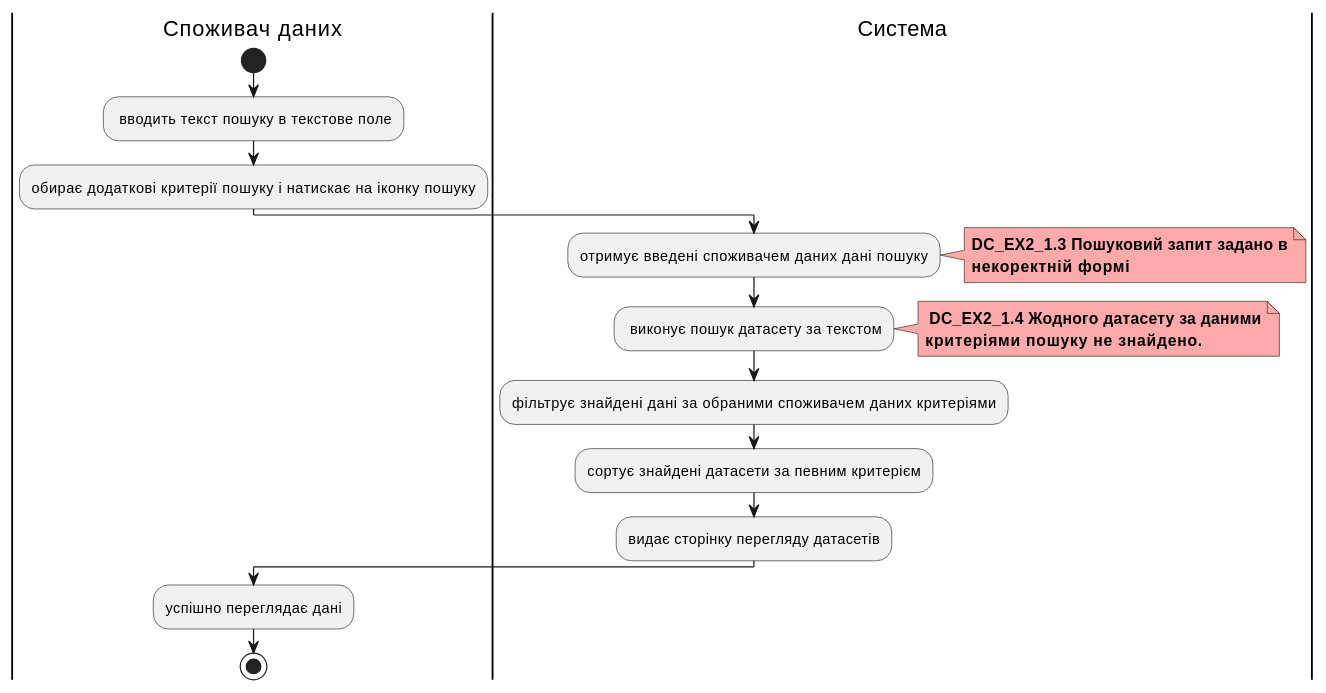
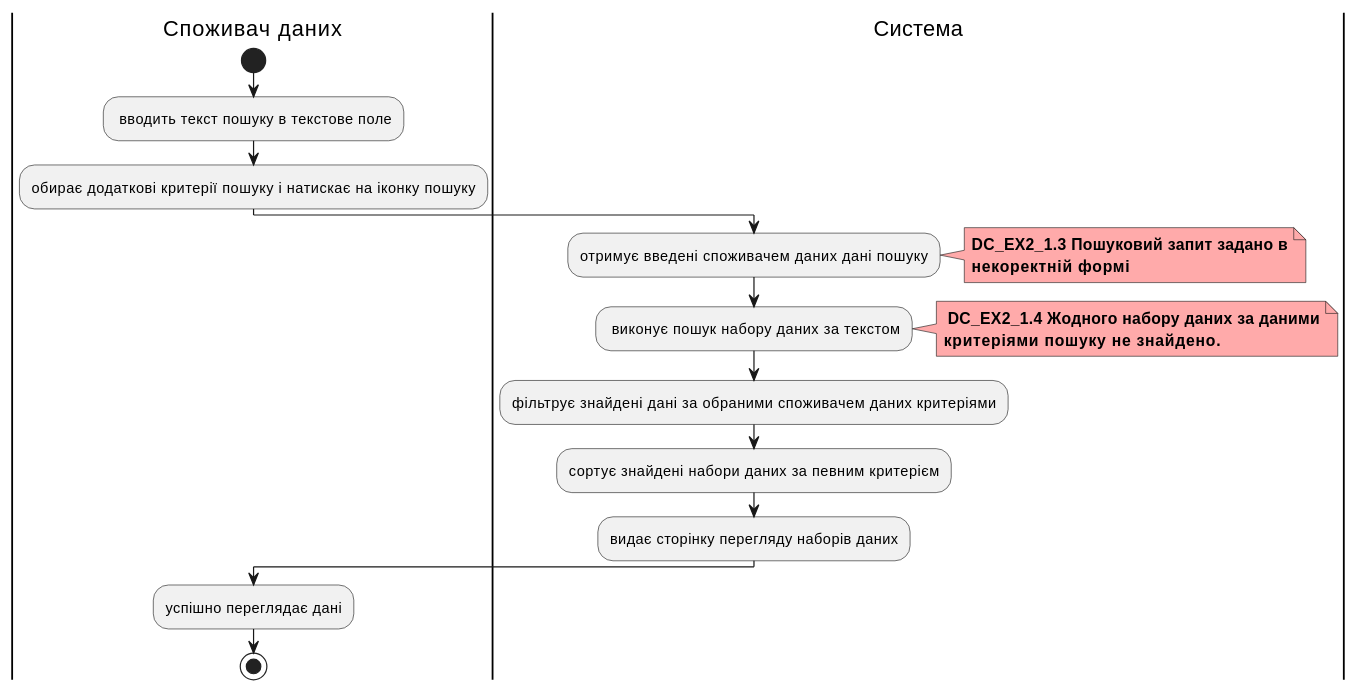
Before and after one commit to boldak/edu-db-cw: the seventh of 13 diagrams in docs/use cases/README.md, drawn with PlantUML. The commit also changed other lines of this file, not shown here.

```diff
--- a/docs/use cases/README.md
+++ b/docs/use cases/README.md
@@ -330,25 +328,25 @@
 @startuml
 
     |Споживач даних|
         start
         : вводить текст пошуку в текстове поле;
         :обирає додаткові критерії пошуку і натискає на іконку пошуку;
     |Система|
         :отримує введені споживачем даних дані пошуку;
         note right #ffaaaa
         <b>DС_EX2_1.3 Пошуковий запит задано в
         <b>некоректній формі
         end note
-        : виконує пошук датасету за текстом;
+        : виконує пошук набору даних за текстом;
         note right #ffaaaa
-        <b> DС_EX2_1.4 Жодного датасету за даними
+        <b> DС_EX2_1.4 Жодного набору даних за даними
         <b>критеріями пошуку не знайдено.
         end note
         :фільтрує знайдені дані за обраними споживачем даних критеріями;
-        :сортує знайдені датасети за певним критерієм;
-        :видає сторінку перегляду датасетiв;
+        :сортує знайдені набори даних за певним критерієм;
+        :видає сторінку перегляду наборiв даних;
     |Споживач даних|
         :успішно переглядає дані;
         stop;
 
 @enduml
```
